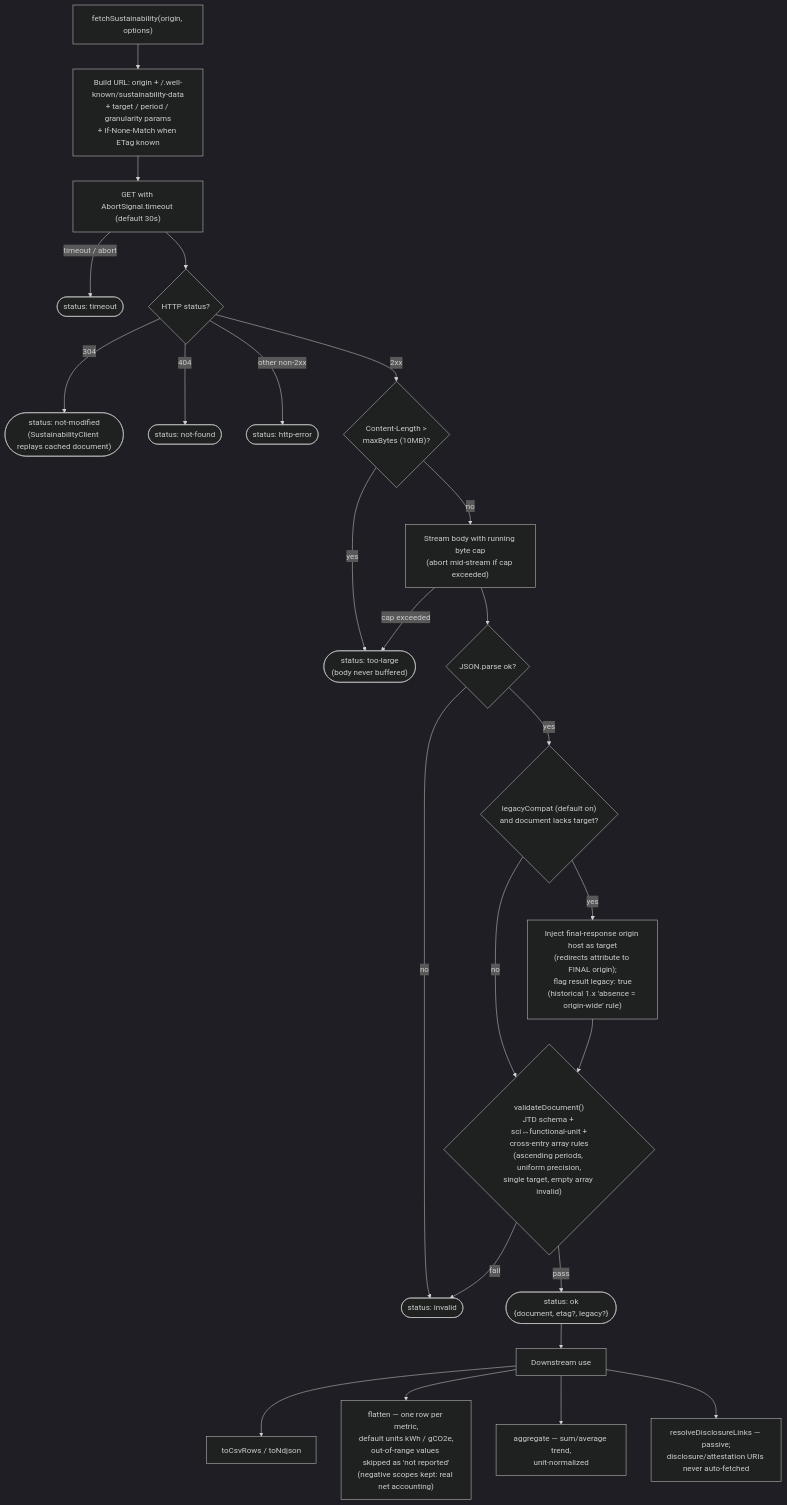
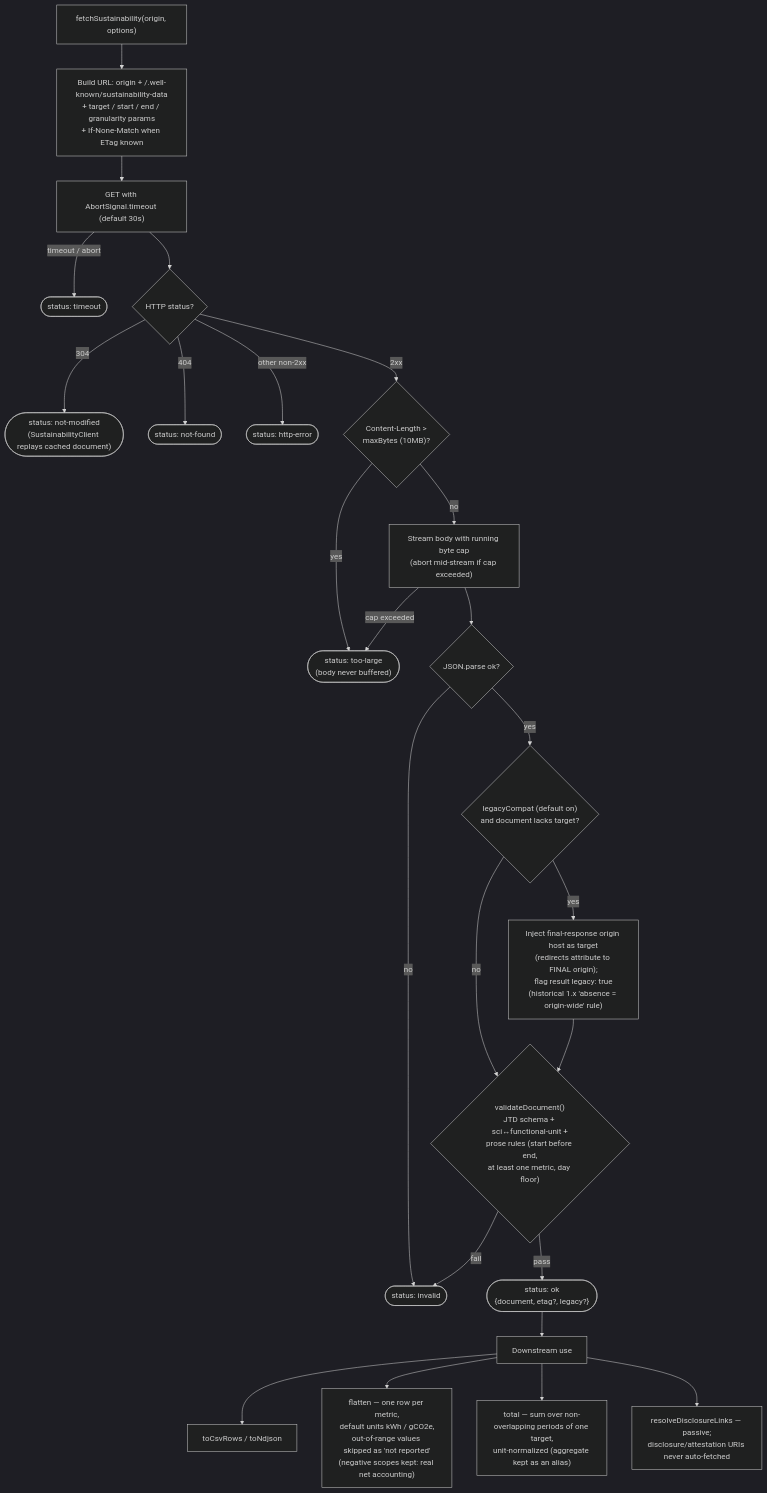
One commit to andreibesleaga/rfc-sustainability-wellknown changed the eighth of 10 diagrams in architecture/README.md. Above: the diagram before and after it, drawn with Mermaid (dark theme). The commit also changed other lines of this file and 58 other files, not shown here.

Commit message:
0.8.1: linear validation checks on npm, dependents on ^0.8.1, kit image builds in CI, docs and diagrams current

````diff
--- a/architecture/README.md
+++ b/architecture/README.md
@@ -787,33 +807,33 @@
 ```mermaid
 flowchart TD
-    START["fetchSustainability(origin, options)"] --> URL["Build URL: origin + /.well-known/sustainability-data<br/>+ target / period / granularity params<br/>+ If-None-Match when ETag known"]
+    START["fetchSustainability(origin, options)"] --> URL["Build URL: origin + /.well-known/sustainability-data<br/>+ target / start / end / granularity params<br/>+ If-None-Match when ETag known"]
     URL --> REQ["GET with AbortSignal.timeout (default 30s)"]
 
     REQ -- "timeout / abort" --> TMO(["status: timeout"])
     REQ --> ST{"HTTP status?"}
     ST -- "304" --> NM(["status: not-modified<br/>(SustainabilityClient replays cached document)"])
     ST -- "404" --> NF(["status: not-found"])
     ST -- "other non-2xx" --> HE(["status: http-error"])
     ST -- "2xx" --> CL{"Content-Length ><br/>maxBytes (10MB)?"}
 
     CL -- "yes" --> TL(["status: too-large<br/>(body never buffered)"])
     CL -- "no" --> READ["Stream body with running byte cap<br/>(abort mid-stream if cap exceeded)"]
     READ -- "cap exceeded" --> TL
     READ --> PARSE{"JSON.parse ok?"}
     PARSE -- "no" --> INV(["status: invalid"])
 
     PARSE -- "yes" --> LC{"legacyCompat (default on)<br/>and document lacks target?"}
     LC -- "yes" --> INJ["Inject final-response origin host as target<br/>(redirects attribute to FINAL origin);<br/>flag result legacy: true<br/>(historical 1.x 'absence = origin-wide' rule)"]
     LC -- "no" --> VAL
     INJ --> VAL
 
-    VAL{"validateDocument()<br/>JTD schema + sci↔functional-unit +<br/>cross-entry array rules<br/>(ascending periods, uniform precision,<br/>single target, empty array invalid)"}
+    VAL{"validateDocument()<br/>JTD schema + sci↔functional-unit +<br/>prose rules (start before end,<br/>at least one metric, day floor)"}
     VAL -- "fail" --> INV
     VAL -- "pass" --> OK(["status: ok<br/>{document, etag?, legacy?}"])
 
     OK --> USE["Downstream use"]
     USE --> T1["toCsvRows / toNdjson"]
     USE --> T2["flatten — one row per metric,<br/>default units kWh / gCO2e,<br/>out-of-range values skipped as 'not reported'<br/>(negative scopes kept: real net accounting)"]
-    USE --> T3["aggregate — sum/average trend,<br/>unit-normalized"]
+    USE --> T3["total — sum over non-overlapping periods of one target,<br/>unit-normalized (aggregate kept as an alias)"]
     USE --> T4["resolveDisclosureLinks — passive;<br/>disclosure/attestation URIs never auto-fetched"]
 ```
````
